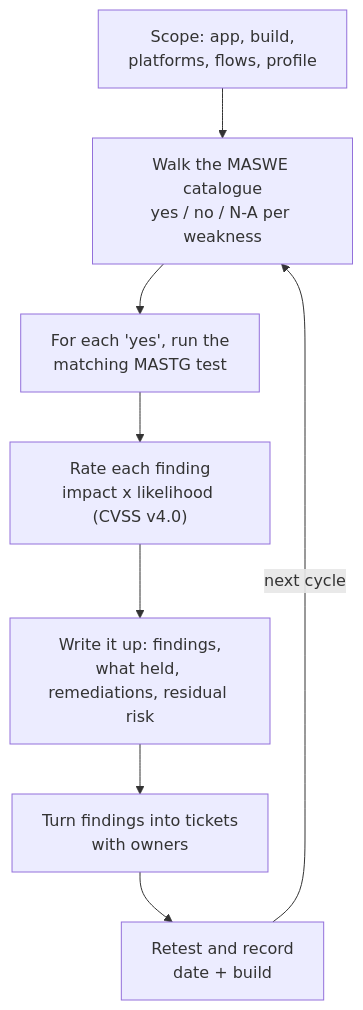
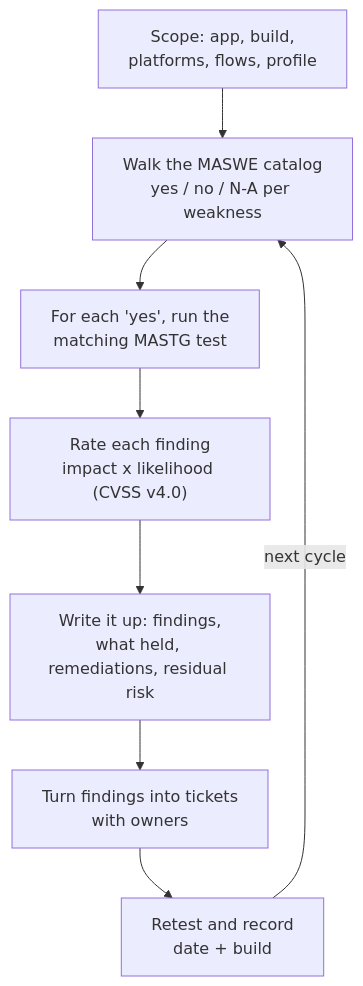
One commit to hossam9k/mobile-app-security changed the first of 2 diagrams in book/08-practice.md. Above: the diagram before and after it, drawn with Mermaid. The commit also changed other lines of this file and 51 other files, not shown here.

````diff
--- a/book/08-practice.md
+++ b/book/08-practice.md
@@ -168,10 +168,10 @@
 ```mermaid
 flowchart TD
-    A["Scope: app, build,<br/>platforms, flows, profile"] --> B["Walk the MASWE catalogue<br/>yes / no / N-A per weakness"]
+    A["Scope: app, build,<br/>platforms, flows, profile"] --> B["Walk the MASWE catalog<br/>yes / no / N-A per weakness"]
     B --> C["For each 'yes', run the<br/>matching MASTG test"]
     C --> D["Rate each finding<br/>impact x likelihood (CVSS v4.0)"]
     D --> E["Write it up: findings,<br/>what held, remediations, residual risk"]
     E --> F["Turn findings into tickets<br/>with owners"]
     F --> G["Retest and record<br/>date + build"]
     G -->|next cycle| B
 ```
````
